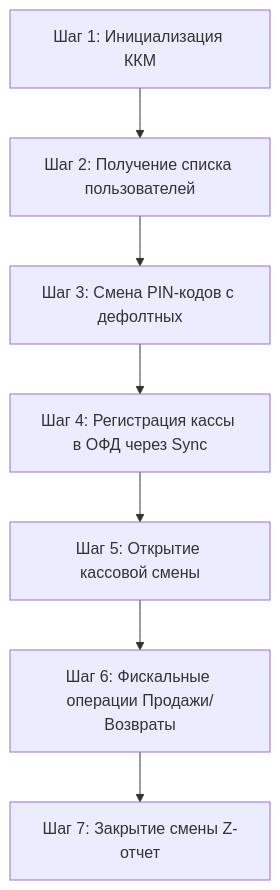
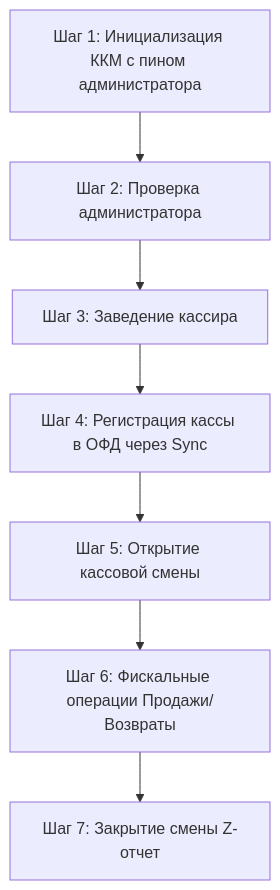
The diagram in QUICK_START.md (texport/superkassa-server), drawn with Mermaid before and after one commit. The commit also changed other lines of this file and 6 other files, not shown here.

````diff
--- a/QUICK_START.md
+++ b/QUICK_START.md
@@ -23,9 +23,9 @@
 ```mermaid
 graph TD
-    A[Шаг 1: Инициализация ККМ] --> B[Шаг 2: Получение списка пользователей]
-    B --> C[Шаг 3: Смена PIN-кодов с дефолтных]
+    A[Шаг 1: Инициализация ККМ с пином администратора] --> B[Шаг 2: Проверка администратора]
+    B --> C[Шаг 3: Заведение кассира]
     C --> D[Шаг 4: Регистрация кассы в ОФД через Sync]
     D --> E[Шаг 5: Открытие кассовой смены]
     E --> F[Шаг 6: Фискальные операции Продажи/Возвраты]
     F --> G[Шаг 7: Закрытие смены Z-отчет]
 ```
````
